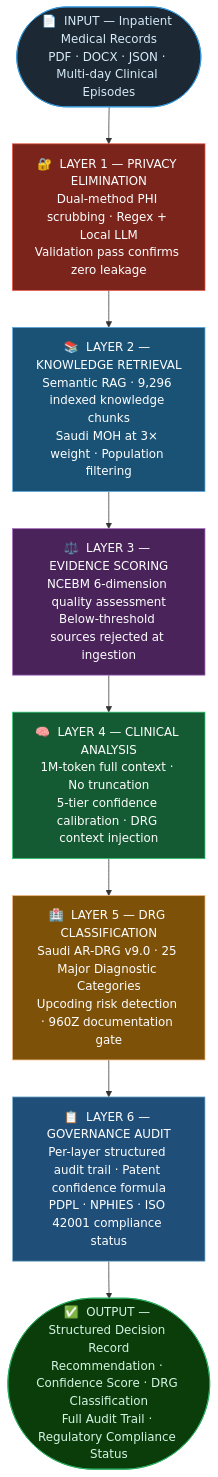
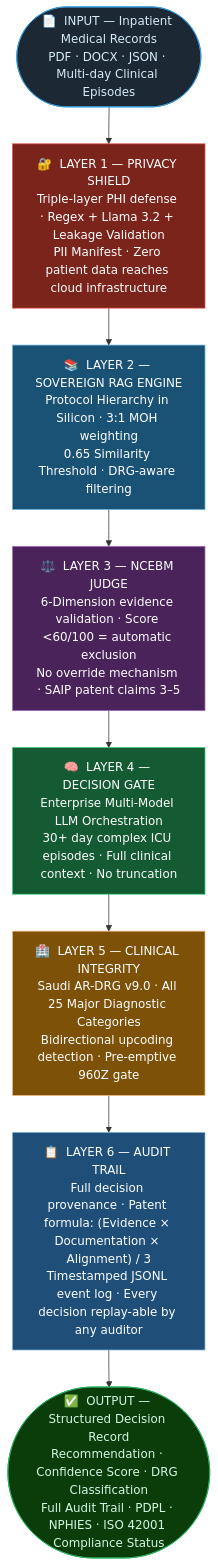
The diagram in README.md (eslammekkawy3-bit/MedFlow-V3), drawn with Mermaid before and after one commit. The commit also changed other lines of this file, not shown here.

Commit message:
docs: align README with Executive Blueprint — credentials, layer names, metrics, fairness scope, IP claims

````diff
--- a/README.md
+++ b/README.md
@@ -64,29 +64,29 @@
 ```mermaid
 flowchart TD
     INPUT(["📄  INPUT — Inpatient Medical Records<br/>PDF · DOCX · JSON · Multi-day Clinical Episodes"])
 
-    L1["🔐  LAYER 1 — PRIVACY ELIMINATION<br/>Dual-method PHI scrubbing · Regex + Local LLM<br/>Validation pass confirms zero leakage"]
+    L1["🔐  LAYER 1 — PRIVACY SHIELD<br/>Triple-layer PHI defense · Regex + Llama 3.2 + Leakage Validation<br/>PII Manifest · Zero patient data reaches cloud infrastructure"]
 
-    L2["📚  LAYER 2 — KNOWLEDGE RETRIEVAL<br/>Semantic RAG · 9,296 indexed knowledge chunks<br/>Saudi MOH at 3× weight · Population filtering"]
+    L2["📚  LAYER 2 — SOVEREIGN RAG ENGINE<br/>Protocol Hierarchy in Silicon · 3:1 MOH weighting<br/>0.65 Similarity Threshold · DRG-aware filtering"]
 
-    L3["⚖️  LAYER 3 — EVIDENCE SCORING<br/>NCEBM 6-dimension quality assessment<br/>Below-threshold sources rejected at ingestion"]
+    L3["⚖️  LAYER 3 — NCEBM JUDGE<br/>6-Dimension evidence validation · Score <60/100 = automatic exclusion<br/>No override mechanism · SAIP patent claims 3–5"]
 
-    L4["🧠  LAYER 4 — CLINICAL ANALYSIS<br/>1M-token full context · No truncation<br/>5-tier confidence calibration · DRG context injection"]
+    L4["🧠  LAYER 4 — DECISION GATE<br/>Enterprise Multi-Model LLM Orchestration<br/>30+ day complex ICU episodes · Full clinical context · No truncation"]
 
-    L5["🏥  LAYER 5 — DRG CLASSIFICATION<br/>Saudi AR-DRG v9.0 · 25 Major Diagnostic Categories<br/>Upcoding risk detection · 960Z documentation gate"]
+    L5["🏥  LAYER 5 — CLINICAL INTEGRITY<br/>Saudi AR-DRG v9.0 · All 25 Major Diagnostic Categories<br/>Bidirectional upcoding detection · Pre-emptive 960Z gate"]
 
-    L6["📋  LAYER 6 — GOVERNANCE AUDIT<br/>Per-layer structured audit trail · Patent confidence formula<br/>PDPL · NPHIES · ISO 42001 compliance status"]
+    L6["📋  LAYER 6 — AUDIT TRAIL<br/>Full decision provenance · Patent formula: (Evidence × Documentation × Alignment) / 3<br/>Timestamped JSONL event log · Every decision replay-able by any auditor"]
 
-    OUTPUT(["✅  OUTPUT — Structured Decision Record<br/>Recommendation · Confidence Score · DRG Classification<br/>Full Audit Trail · Regulatory Compliance Status"])
+    OUTPUT(["✅  OUTPUT — Structured Decision Record<br/>Recommendation · Confidence Score · DRG Classification<br/>Full Audit Trail · PDPL · NPHIES · ISO 42001 Compliance Status"])
 
     INPUT --> L1 --> L2 --> L3 --> L4 --> L5 --> L6 --> OUTPUT
 
     style INPUT  fill:#1c2833,stroke:#3498db,color:#d6eaf8
     style L1     fill:#7b241c,stroke:#e74c3c,color:#fdfefe
     style L2     fill:#1a5276,stroke:#5dade2,color:#fdfefe
     style L3     fill:#4a235a,stroke:#a569bd,color:#fdfefe
     style L4     fill:#145a32,stroke:#2ecc71,color:#fdfefe
     style L5     fill:#7e5109,stroke:#f0b27a,color:#fdfefe
     style L6     fill:#1f4e79,stroke:#7fb3d3,color:#fdfefe
     style OUTPUT fill:#0b3d0b,stroke:#27ae60,color:#d5f5e3
 ```
````
